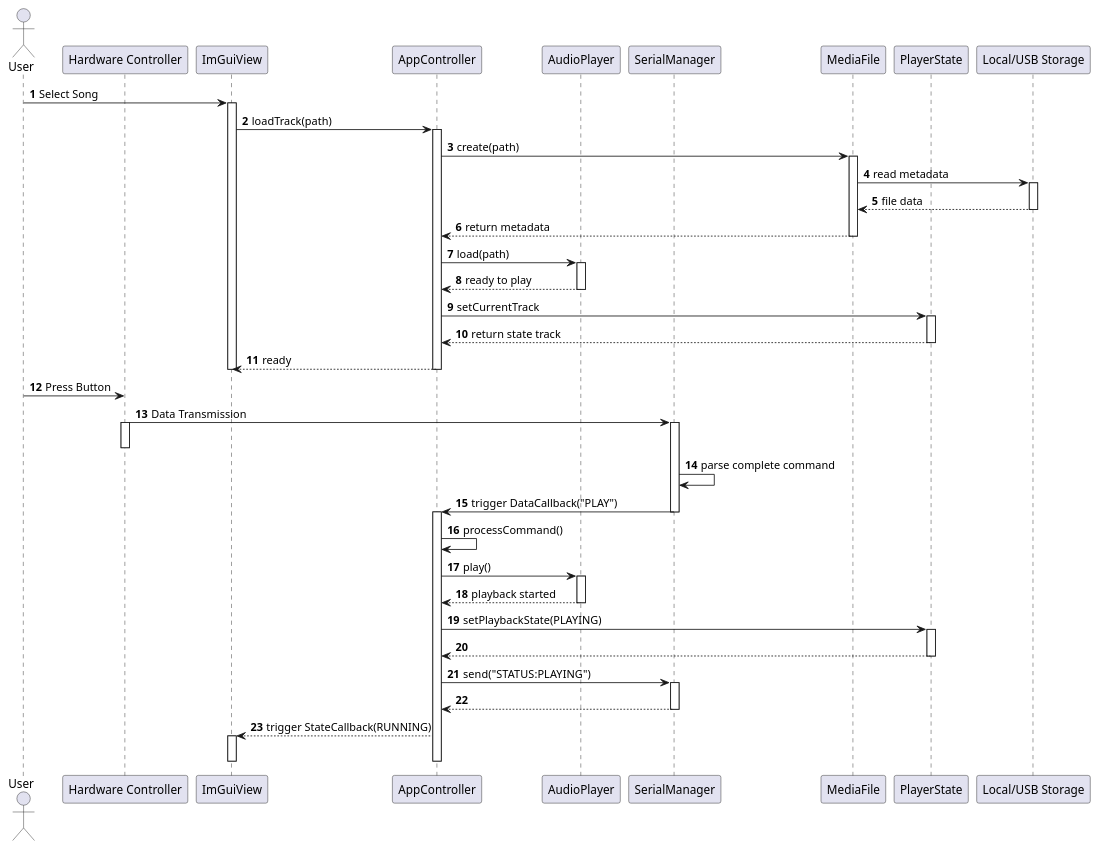
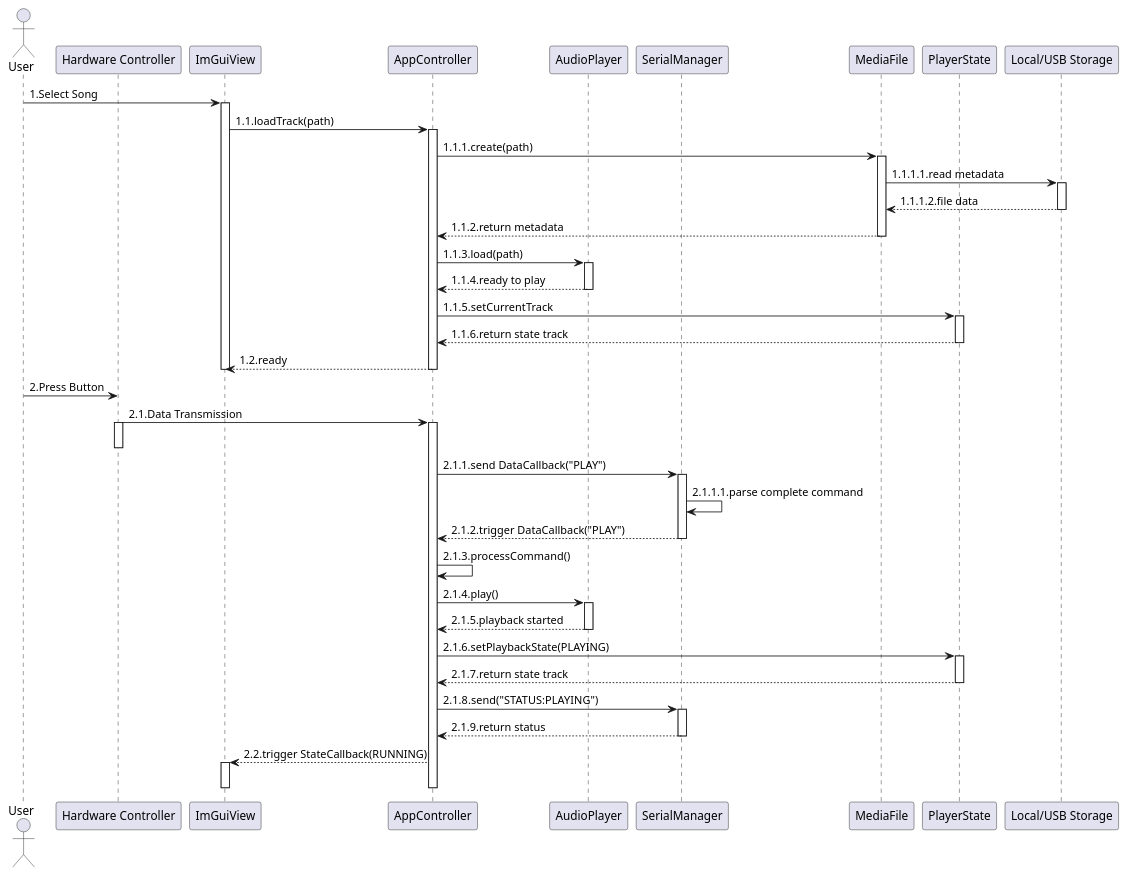
One commit to quan27092002-ctrl/MusicPlayer changed the diagram in uml/high level design/sequence_high_level.puml. Above: the diagram before and after it, drawn with PlantUML. The commit also changed 2 other files, not shown here.

Commit message:
refactor: Add diagram names to PlantUML files and manually number sequence diagram steps.

```diff
--- a/uml/high level design/sequence_high_level.puml
+++ b/uml/high level design/sequence_high_level.puml
@@ -1,81 +1,79 @@
-@startuml
+@startuml "sequence_high_level"
 actor User
 participant "Hardware Controller" as HW
 participant "ImGuiView" as View
 participant "AppController" as Ctrl
 participant "AudioPlayer" as Audio
 participant "SerialManager" as Serial
 participant "MediaFile" as Media
 participant "PlayerState" as State
 participant "Local/USB Storage" as USB
 
 
-autonumber
-
-    User -> View : Select Song
+    User -> View : 1.Select Song
     activate View
 
-    View -> Ctrl : loadTrack(path)
+    View -> Ctrl : 1.1.loadTrack(path)
     activate Ctrl
 
-    Ctrl -> Media : create(path)
+    Ctrl -> Media : 1.1.1.create(path)
     activate Media
-    Media -> USB : read metadata
+    Media -> USB : 1.1.1.1.read metadata
     activate USB
-    USB --> Media : file data
+    USB --> Media : 1.1.1.2.file data
     deactivate USB
-    Media --> Ctrl : return metadata
+    Media --> Ctrl : 1.1.2.return metadata
     deactivate Media
     
-    Ctrl -> Audio : load(path)
+    Ctrl -> Audio : 1.1.3.load(path)
     activate Audio
-    Audio --> Ctrl : ready to play
+    Audio --> Ctrl : 1.1.4.ready to play
     deactivate Audio
     
-    Ctrl -> State : setCurrentTrack
+    Ctrl -> State : 1.1.5.setCurrentTrack
     activate State
-    State --> Ctrl: return state track
+    State --> Ctrl: 1.1.6.return state track
     deactivate State
 
-    Ctrl --> View : ready
+    Ctrl --> View : 1.2.ready
     deactivate Ctrl
     deactivate View
 
 
     ' --- Hardware Flow Scenario ---
-    User -> HW : Press Button
-    HW -> Serial : Data Transmission
+    User -> HW : 2.Press Button
+    HW -> Ctrl : 2.1.Data Transmission
     activate HW
+    deactivate HW
+    activate Ctrl
+    Ctrl -> Serial:2.1.1.send DataCallback("PLAY")
     activate Serial
-    deactivate HW
+    Serial -> Serial : 2.1.1.1.parse complete command
+    Serial --> Ctrl : 2.1.2.trigger DataCallback("PLAY")
+    deactivate Serial
     
-    Serial -> Serial : parse complete command
-    Serial -> Ctrl : trigger DataCallback("PLAY")
-    deactivate Serial
-    activate Ctrl
+    Ctrl -> Ctrl : 2.1.3.processCommand()
     
-    Ctrl -> Ctrl : processCommand()
-    
-    Ctrl -> Audio : play()
+    Ctrl -> Audio : 2.1.4.play()
     activate Audio
-    Audio --> Ctrl : playback started
+    Audio --> Ctrl : 2.1.5.playback started
     deactivate Audio
     
-    Ctrl -> State : setPlaybackState(PLAYING)
+    Ctrl -> State : 2.1.6.setPlaybackState(PLAYING)
     activate State
-    State --> Ctrl
+    State --> Ctrl: 2.1.7.return state track
     deactivate State
     
     ' Backwards notification to HW
-    Ctrl -> Serial : send("STATUS:PLAYING")
+    Ctrl -> Serial : 2.1.8.send("STATUS:PLAYING")
     activate Serial
-    Serial --> Ctrl : 
+    Serial --> Ctrl : 2.1.9.return status
     deactivate Serial
     
     ' UI update via callback
-    Ctrl --> View : trigger StateCallback(RUNNING)
+    Ctrl --> View : 2.2.trigger StateCallback(RUNNING)
     activate View
     deactivate View
     deactivate Ctrl
     
 @enduml
```
